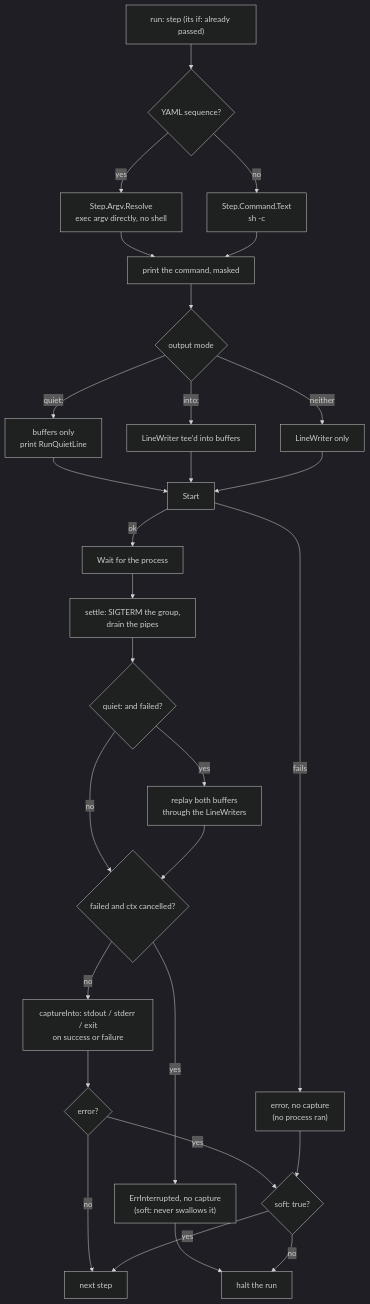
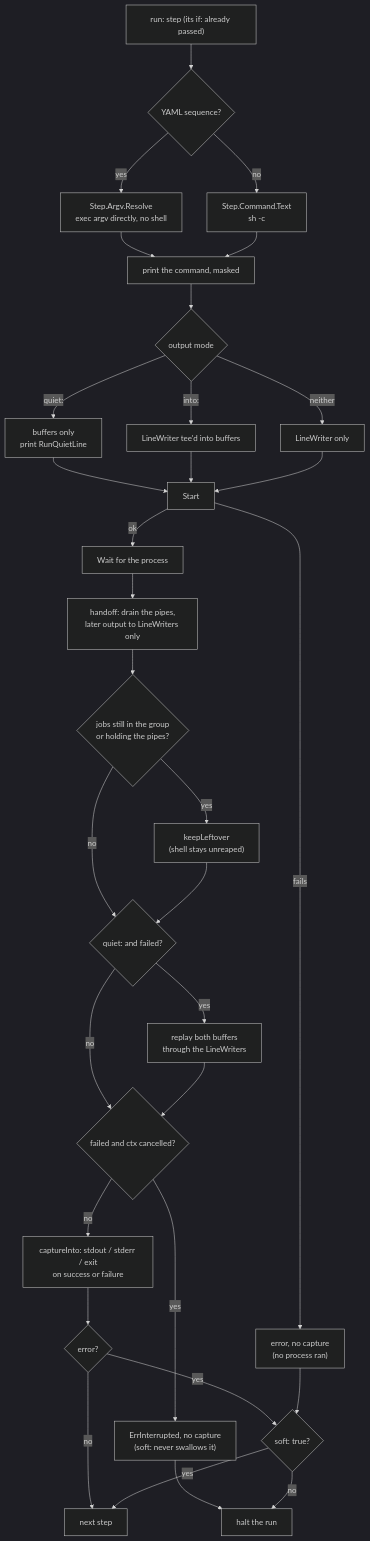
Before and after one commit to JakesMD/hobnob: the fifth of 7 diagrams in ARCHITECTURE.md, drawn with Mermaid (dark theme). The commit also changed other lines of this file and 22 other files, not shown here.

Commit message:
Keep background jobs running after their step and stop them when hobnob exits

````diff
--- a/ARCHITECTURE.md
+++ b/ARCHITECTURE.md
@@ -436,31 +439,34 @@
 ```mermaid
 flowchart TD
     start["run: step (its if: already passed)"] --> form{"YAML sequence?"}
     form -- yes --> argv["Step.Argv.Resolve<br/>exec argv directly, no shell"]
     form -- no --> sh["Step.Command.Text<br/>sh -c"]
     argv --> show["print the command, masked"]
     sh --> show
     show --> out{"output mode"}
     out -- "quiet:" --> quiet["buffers only<br/>print RunQuietLine"]
     out -- "into:" --> tee["LineWriter tee'd into buffers"]
     out -- neither --> live["LineWriter only"]
     quiet --> startp["Start"]
     tee --> startp
     live --> startp
     startp -- fails --> nocap["error, no capture<br/>(no process ran)"]
     startp -- ok --> wait["Wait for the process"]
-    wait --> settle["settle: SIGTERM the group,<br/>drain the pipes"]
-    settle --> replay{"quiet: and failed?"}
+    wait --> handoff["handoff: drain the pipes,<br/>later output to LineWriters only"]
+    handoff --> keep{"jobs still in the group<br/>or holding the pipes?"}
+    keep -- yes --> kl["keepLeftover<br/>(shell stays unreaped)"]
+    keep -- no --> replay
+    kl --> replay{"quiet: and failed?"}
     replay -- yes --> rp["replay both buffers<br/>through the LineWriters"]
     replay -- no --> intr
     rp --> intr{"failed and ctx cancelled?"}
     intr -- yes --> ei["ErrInterrupted, no capture<br/>(soft: never swallows it)"]
     intr -- no --> cap["captureInto: stdout / stderr / exit<br/>on success or failure"]
     cap --> res{"error?"}
     res -- no --> next["next step"]
     res -- yes --> soft{"soft: true?"}
     nocap --> soft
     ei --> halt
     soft -- yes --> next
     soft -- no --> halt["halt the run"]
 ```
````
